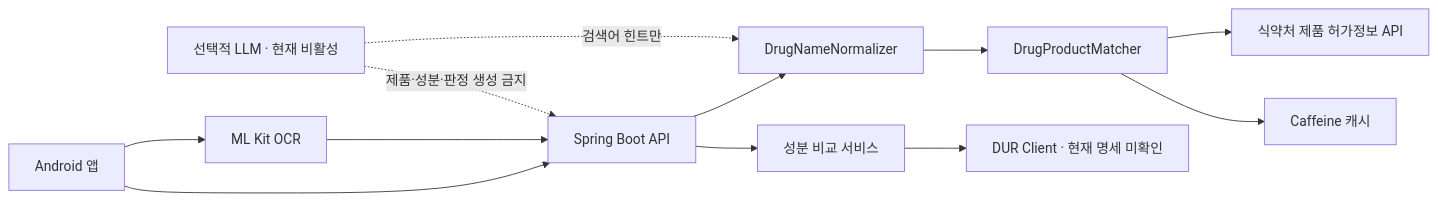
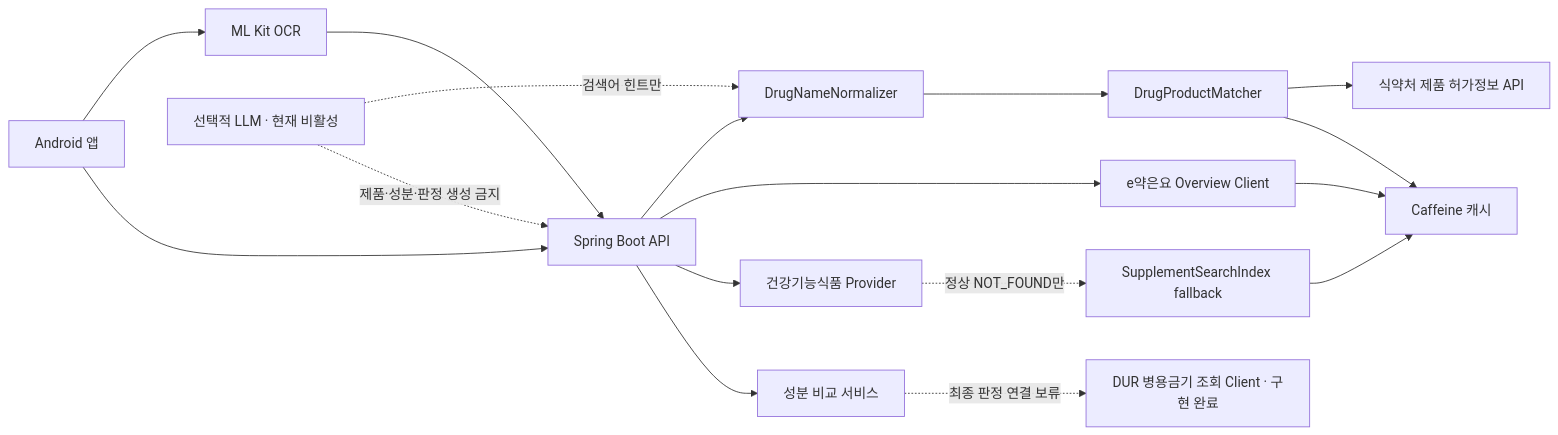
The first of 5 diagrams in backend/docs/architecture.md (tmdrua02/AX_Hackathon_Caviar), drawn with Mermaid before and after one commit. The commit also changed other lines of this file and 85 other files, not shown here.

````diff
--- a/backend/docs/architecture.md
+++ b/backend/docs/architecture.md
@@ -5,14 +5,19 @@
 ```mermaid
 flowchart LR
     A["Android 앱"] --> O["ML Kit OCR"]
     A --> B["Spring Boot API"]
     O --> B
     B --> N["DrugNameNormalizer"]
     N --> M["DrugProductMatcher"]
     M --> P["식약처 제품 허가정보 API"]
     M --> C["Caffeine 캐시"]
+    B --> E["e약은요 Overview Client"]
+    E --> C
+    B --> H["건강기능식품 Provider"]
+    H -. "정상 NOT_FOUND만" .-> S["SupplementSearchIndex fallback"]
+    S --> C
     B --> I["성분 비교 서비스"]
-    I --> D["DUR Client · 현재 명세 미확인"]
+    I -. "최종 판정 연결 보류" .-> D["DUR 병용금기 조회 Client · 구현 완료"]
     L["선택적 LLM · 현재 비활성"] -. "검색어 힌트만" .-> N
     L -. "제품·성분·판정 생성 금지" .-> B
 ```
````
